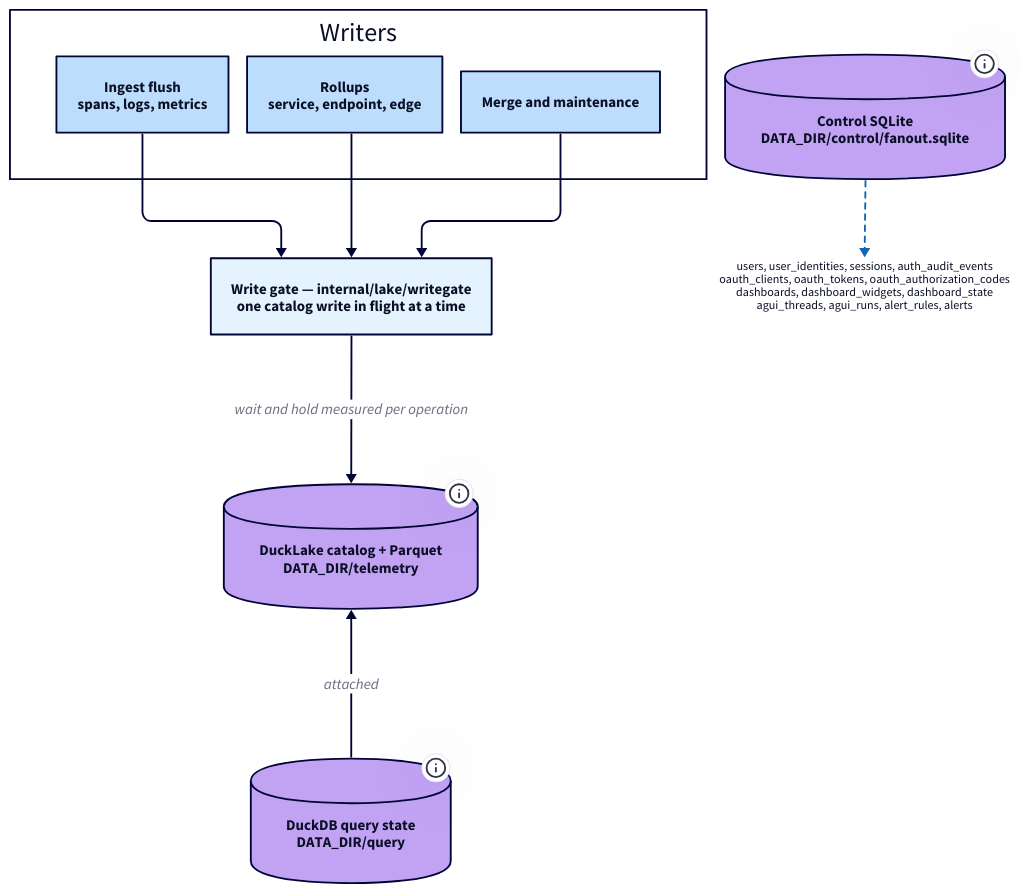
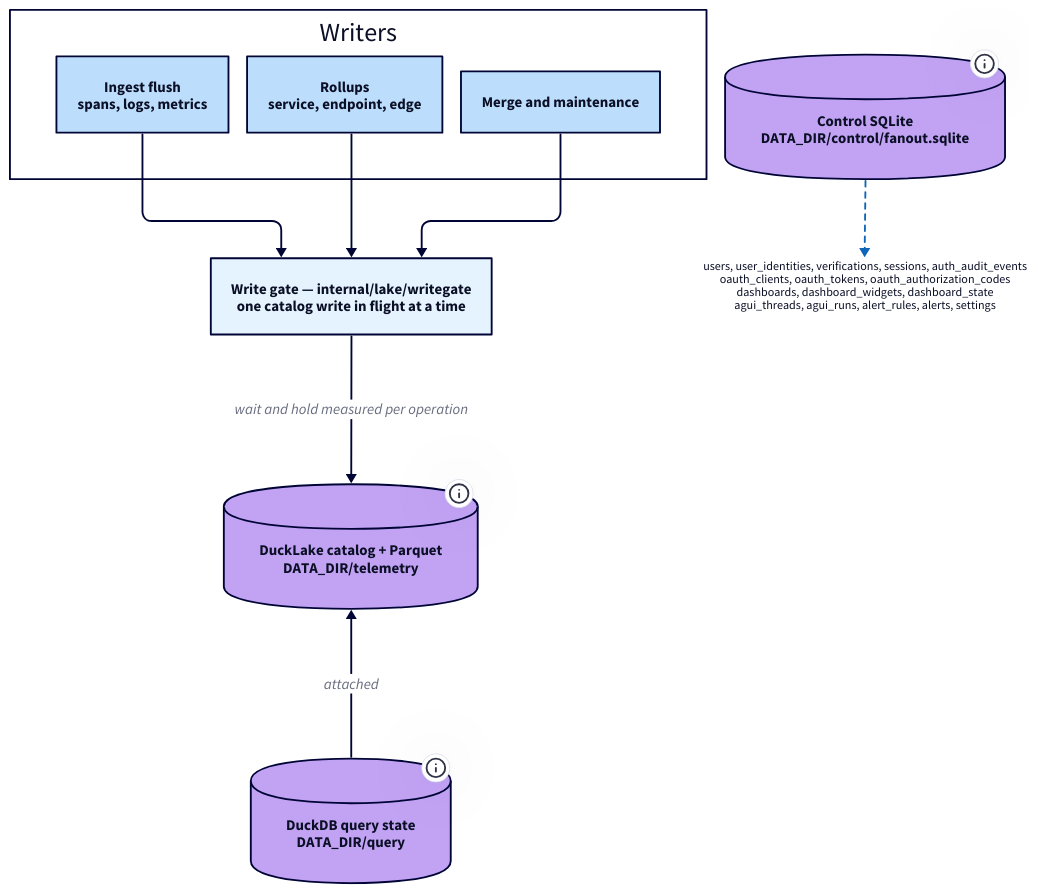
The diagram in docs/diagrams/persistence.d2 (labstack/fanout), drawn with D2 before and after one commit. The commit also changed 9 other files, not shown here.

First line of the commit message:
docs: fix what review found in the architecture document

```diff
--- a/docs/diagrams/persistence.d2
+++ b/docs/diagrams/persistence.d2
@@ -1,53 +1,53 @@
 # Where Fanout keeps state, and what serializes writes to it.
 # Render with `just diagrams`; commit the generated SVG beside this file.
 
 direction: down
 
 vars: {
   d2-config: {
     layout-engine: elk
     theme-id: 5
   }
 }
 
 writers: Writers {
   style.fill: transparent
   ingest: "Ingest flush\nspans, logs, metrics" {shape: rectangle}
   rollup: "Rollups\nservice, endpoint, edge" {shape: rectangle}
   maint: "Merge and maintenance" {shape: rectangle}
 }
 
 gate: "Write gate — internal/lake/writegate\none catalog write in flight at a time" {
   shape: rectangle
   style: {
     stroke-width: 2
     bold: true
   }
 }
 
 telemetry: "DuckLake catalog + Parquet\nDATA_DIR/telemetry" {
   shape: cylinder
   tooltip: Partitioned telemetry. Written only through the gate.
 }
 
 querystate: "DuckDB query state\nDATA_DIR/query" {
   shape: cylinder
   tooltip: Catalog attachment and temp spill. Not the telemetry itself.
 }
 
 control: "Control SQLite\nDATA_DIR/control/fanout.sqlite" {
   shape: cylinder
   tooltip: Application state. Never on the telemetry write path.
 }
 
-control_tables: "users, user_identities, sessions, auth_audit_events\noauth_clients, oauth_tokens, oauth_authorization_codes\ndashboards, dashboard_widgets, dashboard_state\nagui_threads, agui_runs, alert_rules, alerts" {
+control_tables: "users, user_identities, verifications, sessions, auth_audit_events\noauth_clients, oauth_tokens, oauth_authorization_codes\ndashboards, dashboard_widgets, dashboard_state\nagui_threads, agui_runs, alert_rules, alerts, settings" {
   shape: text
   style.font-size: 13
 }
 
 writers.ingest -> gate
 writers.rollup -> gate
 writers.maint -> gate
 gate -> telemetry: "wait and hold measured per operation"
 telemetry <- querystate: attached
 control -> control_tables: {style.stroke-dash: 3}
```
